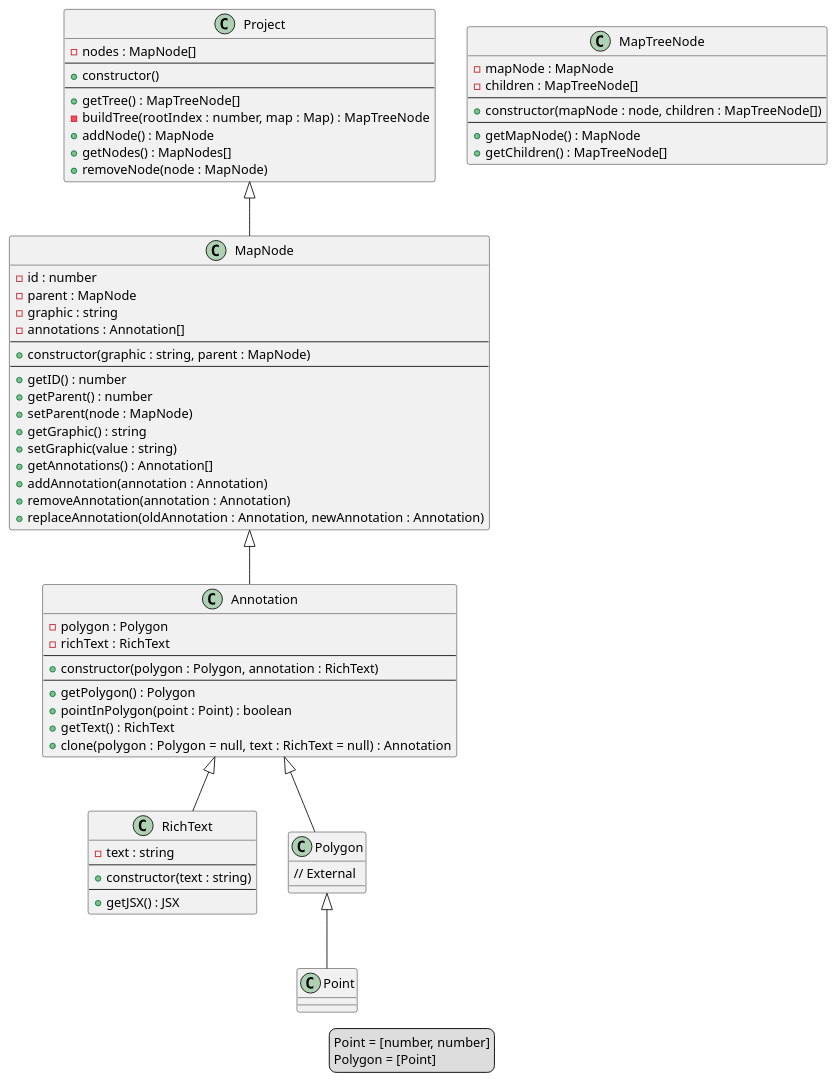
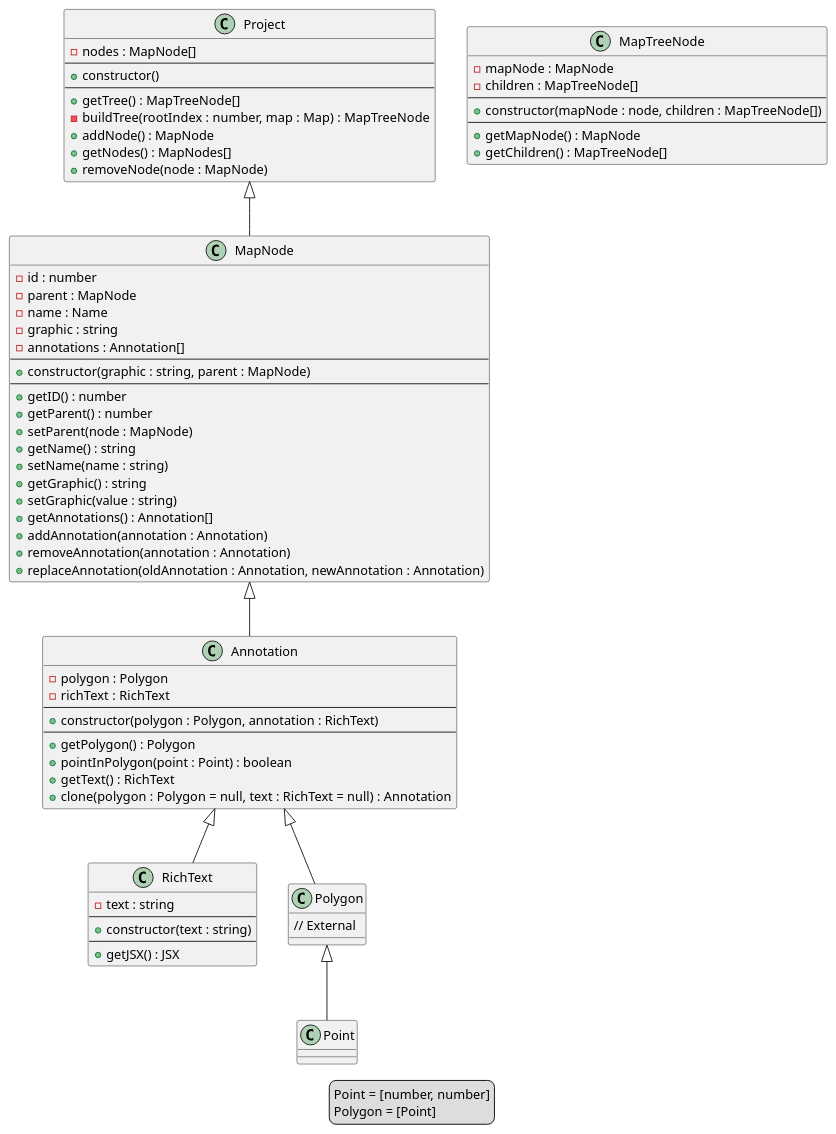
One commit to CriusNyx/annotated-map changed the diagram in documentation/runtimeDataStructures.puml. Above: the diagram before and after it, drawn with PlantUML. The commit also changed 8 other files, not shown here.

```diff
--- a/documentation/runtimeDataStructures.puml
+++ b/documentation/runtimeDataStructures.puml
@@ -1,79 +1,82 @@
 @startuml DataStructures
 
 class Project{
     - nodes : MapNode[]
     --
     + constructor()
     --
     + getTree() : MapTreeNode[]
     - buildTree(rootIndex : number, map : Map) : MapTreeNode
     + addNode() : MapNode
     + getNodes() : MapNodes[]
     + removeNode(node : MapNode)
 }
 
 class MapTreeNode{
     - mapNode : MapNode
     - children : MapTreeNode[]
     --
     + constructor(mapNode : node, children : MapTreeNode[])
     --
     + getMapNode() : MapNode
     + getChildren() : MapTreeNode[]
 }
 
 class MapNode{
     - id : number
     - parent : MapNode
+    - name : Name
     - graphic : string
     - annotations : Annotation[]
     --
     + constructor(graphic : string, parent : MapNode)
     --
     + getID() : number
     + getParent() : number
     + setParent(node : MapNode)
+    + getName() : string
+    + setName(name : string)
     + getGraphic() : string
     + setGraphic(value : string)
     + getAnnotations() : Annotation[]
     + addAnnotation(annotation : Annotation)
     + removeAnnotation(annotation : Annotation)
     + replaceAnnotation(oldAnnotation : Annotation, newAnnotation : Annotation)
 }
 
 class Annotation{
     - polygon : Polygon
     - richText : RichText
     --
     + constructor(polygon : Polygon, annotation : RichText)
     --
     + getPolygon() : Polygon
     + pointInPolygon(point : Point) : boolean
     + getText() : RichText
     + clone(polygon : Polygon = null, text : RichText  = null) : Annotation
 }
 
 class RichText{
     - text : string
     --
     + constructor(text : string)
     --
     + getJSX() : JSX
 }
 
 class Polygon{
     // External
 }
 
 Project <|-- MapNode
     MapNode <|-- Annotation
         Annotation <|-- RichText
         Annotation <|-- Polygon
             Polygon <|-- Point
 
 legend
 Point = ~[number, number~]
 Polygon = ~[Point~]
 endlegend
 
 @enduml
```
